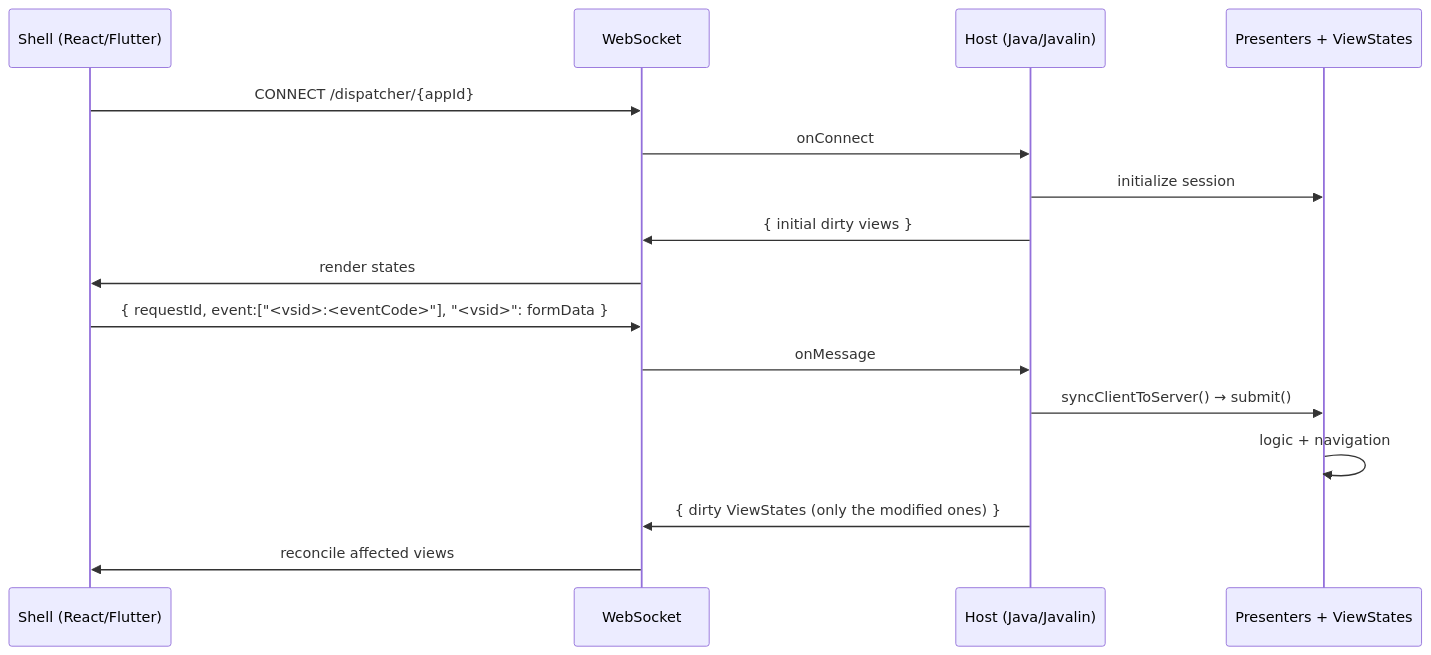
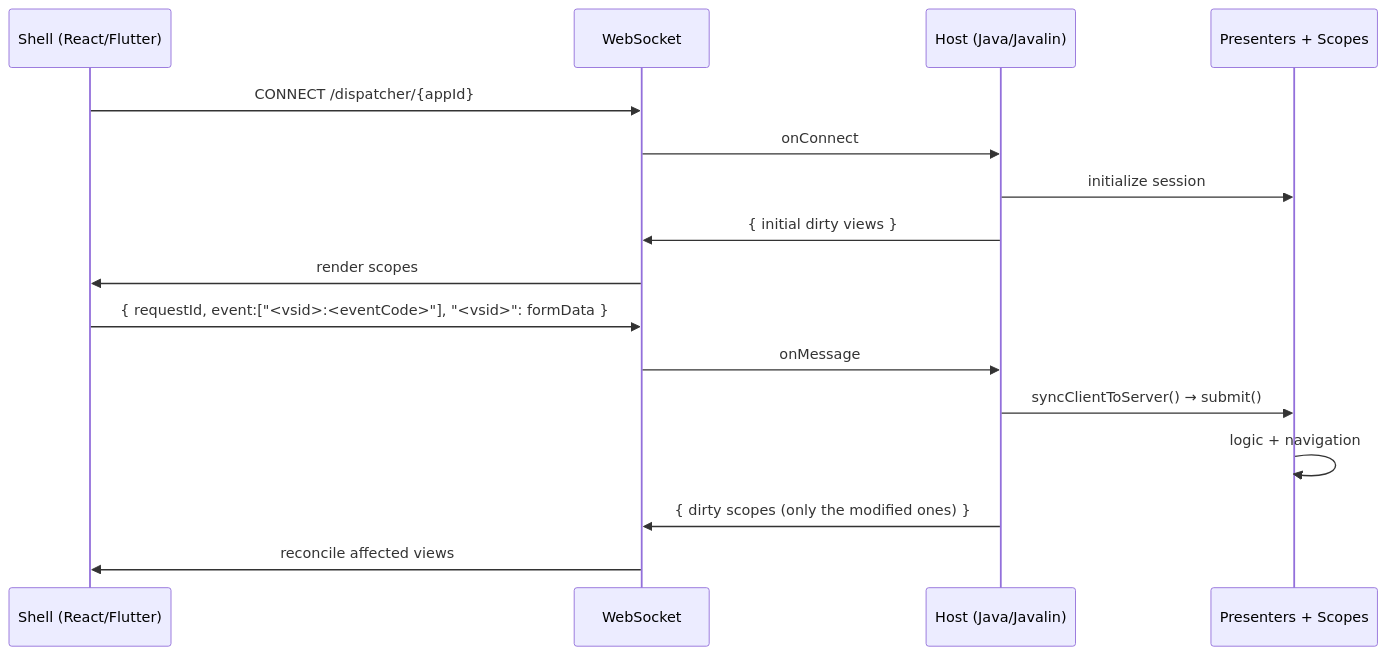
The fourth of 4 diagrams in docs/cube-mvp-multiplatform-architecture.md (mrcdom/wdc-cube-java-v2), drawn with Mermaid before and after one commit. The commit also changed other lines of this file and 222 other files, not shown here.

````diff
--- a/docs/cube-mvp-multiplatform-architecture.md
+++ b/docs/cube-mvp-multiplatform-architecture.md
@@ -696,20 +695,20 @@
 ```mermaid
 sequenceDiagram
     participant Shell as Shell (React/Flutter)
     participant WS as WebSocket
     participant Host as Host (Java/Javalin)
-    participant Presenters as Presenters + ViewStates
+    participant Presenters as Presenters + Scopes
 
     Shell->>WS: CONNECT /dispatcher/{appId}
     WS->>Host: onConnect
     Host->>Presenters: initialize session
     Host->>WS: { initial dirty views }
-    WS->>Shell: render states
+    WS->>Shell: render scopes
 
     Shell->>WS: { requestId, event:["<vsid>:<eventCode>"], "<vsid>": formData }
     WS->>Host: onMessage
     Host->>Presenters: syncClientToServer() → submit()
     Presenters->>Presenters: logic + navigation
-    Host->>WS: { dirty ViewStates (only the modified ones) }
+    Host->>WS: { dirty scopes (only the modified ones) }
     WS->>Shell: reconcile affected views
 ```
````
